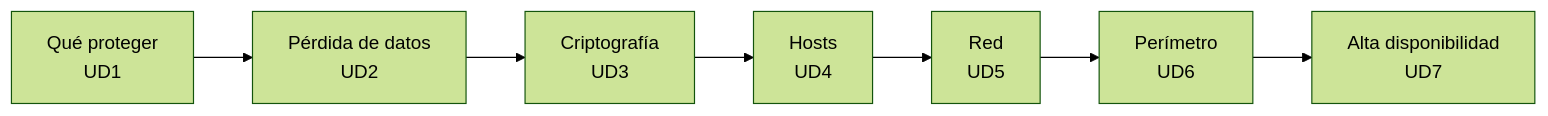
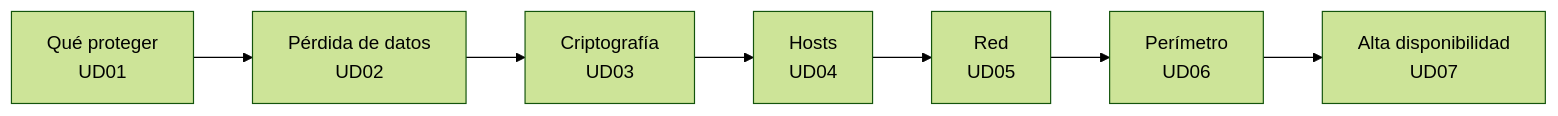
The diagram in content.es/_index.md (LorenaLResusta/Seguridad-y-Alta-Disponibilidad), drawn with Mermaid (forest theme) before and after one commit. The commit also changed other lines of this file and 55 other files, not shown here.

````diff
--- a/content.es/_index.md
+++ b/content.es/_index.md
@@ -25,9 +25,9 @@
 ```mermaid
 flowchart LR
-    A[Qué proteger<br/>UD1] --> B[Pérdida de datos<br/>UD2]
-    B --> C[Criptografía<br/>UD3]
-    C --> D[Hosts<br/>UD4]
-    D --> E[Red<br/>UD5]
-    E --> F[Perímetro<br/>UD6]
-    F --> G[Alta disponibilidad<br/>UD7]
+    A[Qué proteger<br/>UD01] --> B[Pérdida de datos<br/>UD02]
+    B --> C[Criptografía<br/>UD03]
+    C --> D[Hosts<br/>UD04]
+    D --> E[Red<br/>UD05]
+    E --> F[Perímetro<br/>UD06]
+    F --> G[Alta disponibilidad<br/>UD07]
 ```
````
